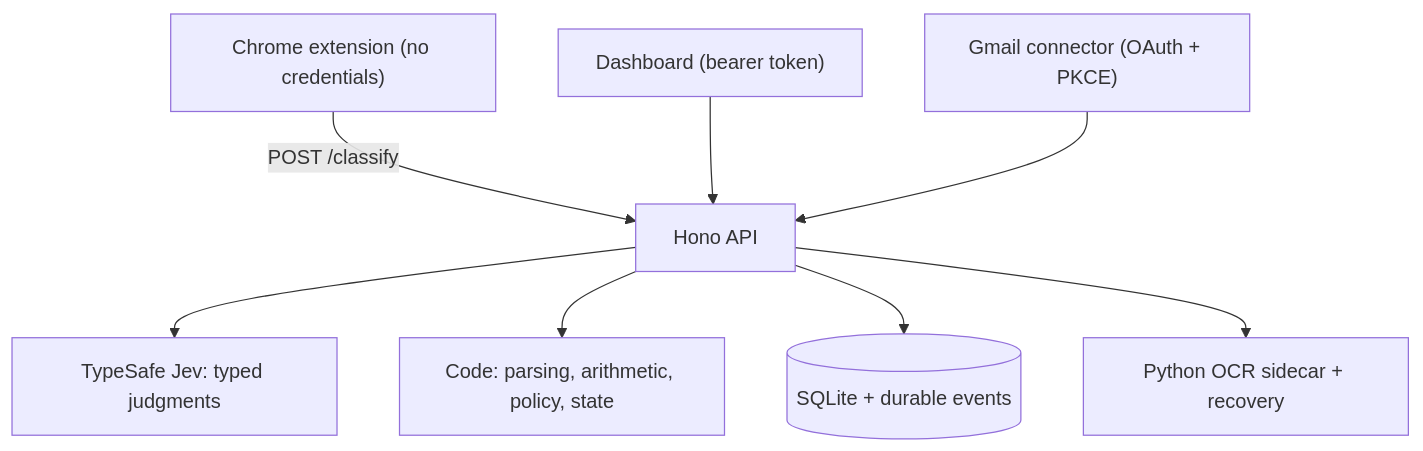
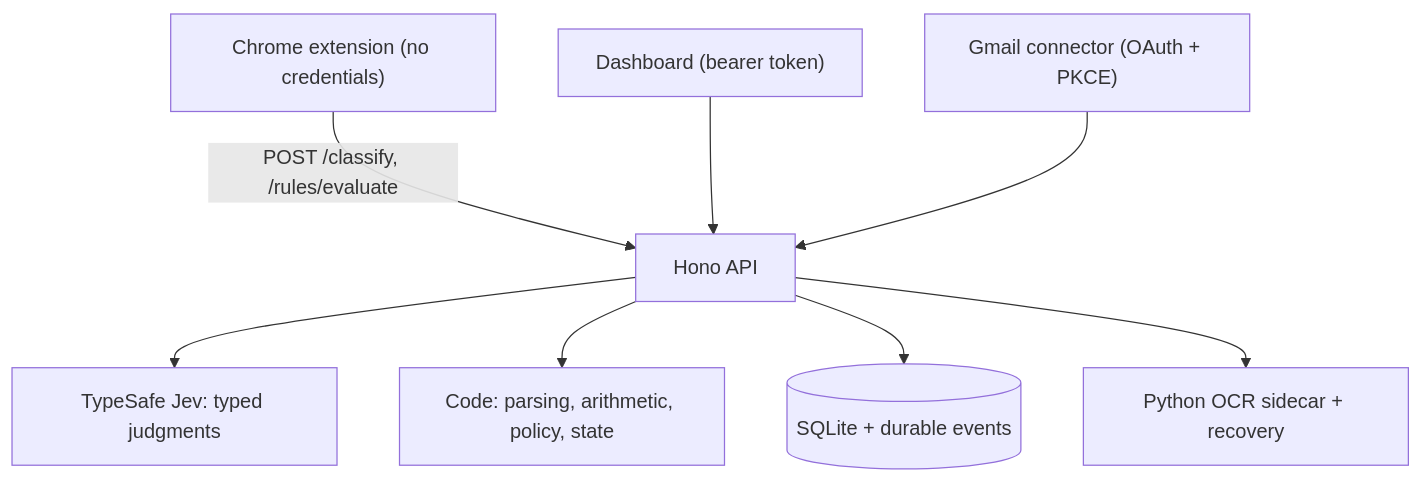
One commit to Pyjalal/Monash-Hack changed the second of 2 diagrams in README.md. Above: the diagram before and after it, drawn with Mermaid. The commit also changed other lines of this file and 27 other files, not shown here.

Commit message:
feat(extension): add inbox rules and preserve current UI improvements

````diff
--- a/README.md
+++ b/README.md
@@ -234,10 +258,10 @@
 ```mermaid
 flowchart TD
-  Ext["Chrome extension (no credentials)"] -->|POST /classify| API["Hono API"]
+  Ext["Chrome extension (no credentials)"] -->|POST /classify, /rules/evaluate| API["Hono API"]
   Dash["Dashboard (bearer token)"] --> API
   Gmail["Gmail connector (OAuth + PKCE)"] --> API
   API --> Jev["TypeSafe Jev: typed judgments"]
   API --> Code["Code: parsing, arithmetic, policy, state"]
   API --> DB[("SQLite + durable events")]
   API --> OCR["Python OCR sidecar + recovery"]
 ```
````
